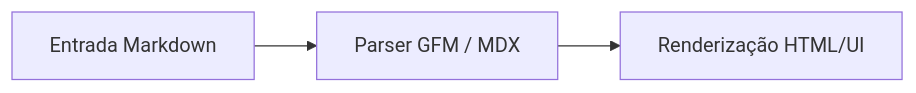
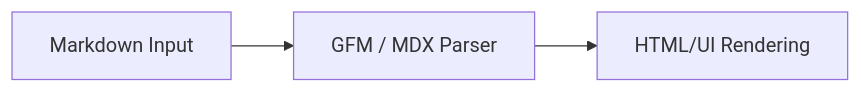
One commit to dandgabr/Coacus changed the diagram in knowledge/skills/languages/lang-markdown/SKILL.md. Above: the diagram before and after it, drawn with Mermaid. The commit also changed other lines of this file and 143 other files, not shown here.

````diff
--- a/knowledge/skills/languages/lang-markdown/SKILL.md
+++ b/knowledge/skills/languages/lang-markdown/SKILL.md
@@ -82,5 +82,5 @@
   ```mermaid
   flowchart LR
-      A[Entrada Markdown] --> B[Parser GFM / MDX]
-      B --> C[Renderização HTML/UI]
+      A[Markdown Input] --> B[GFM / MDX Parser]
+      B --> C[HTML/UI Rendering]
   ```
````
